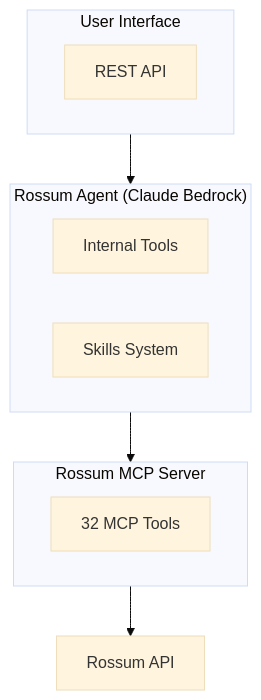
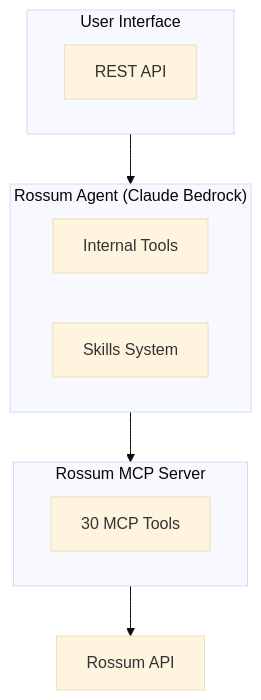
One commit to stancld/rossum-mcp changed the diagram in rossum-agent/README.md. Above: the diagram before and after it, drawn with Mermaid (base theme). The commit also changed other lines of this file and 5 other files, not shown here.

````diff
--- a/rossum-agent/README.md
+++ b/rossum-agent/README.md
@@ -191,21 +191,21 @@
 ```mermaid
 flowchart TB
     subgraph UI["User Interface"]
         A[REST API]
     end
 
     subgraph Agent["Rossum Agent (Claude Bedrock)"]
         IT[Internal Tools]
         SK[Skills System]
     end
 
     subgraph MCP["Rossum MCP Server"]
-        Tools[32 MCP Tools]
+        Tools[30 MCP Tools]
     end
 
     API[Rossum API]
 
     UI --> Agent
     Agent --> MCP
     MCP --> API
 ```
````
